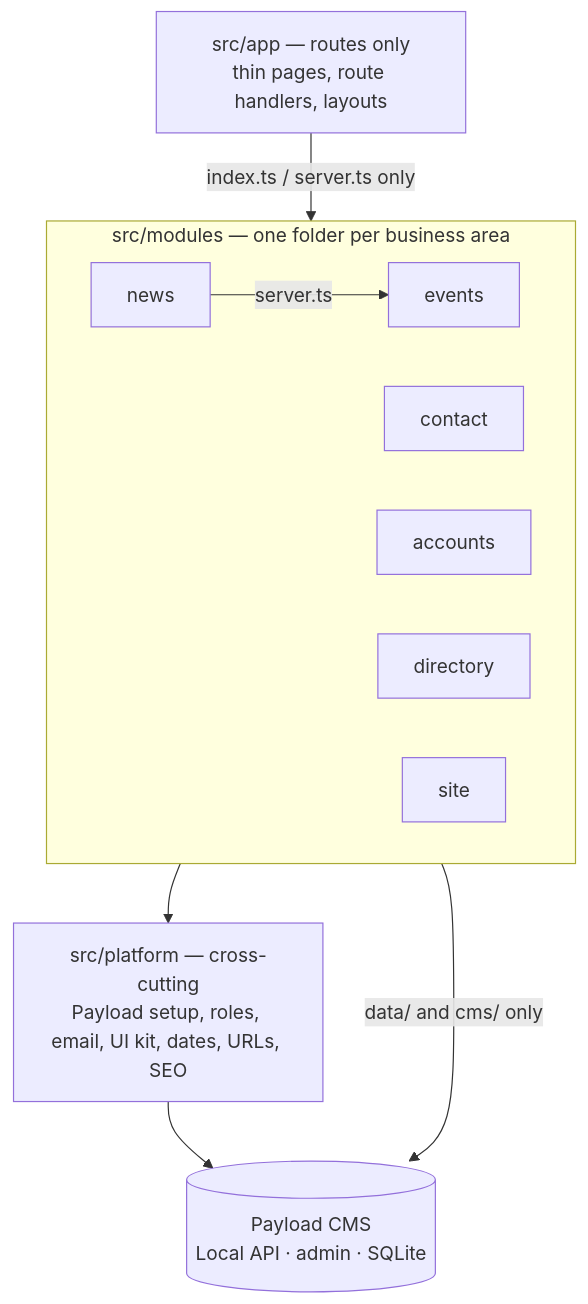
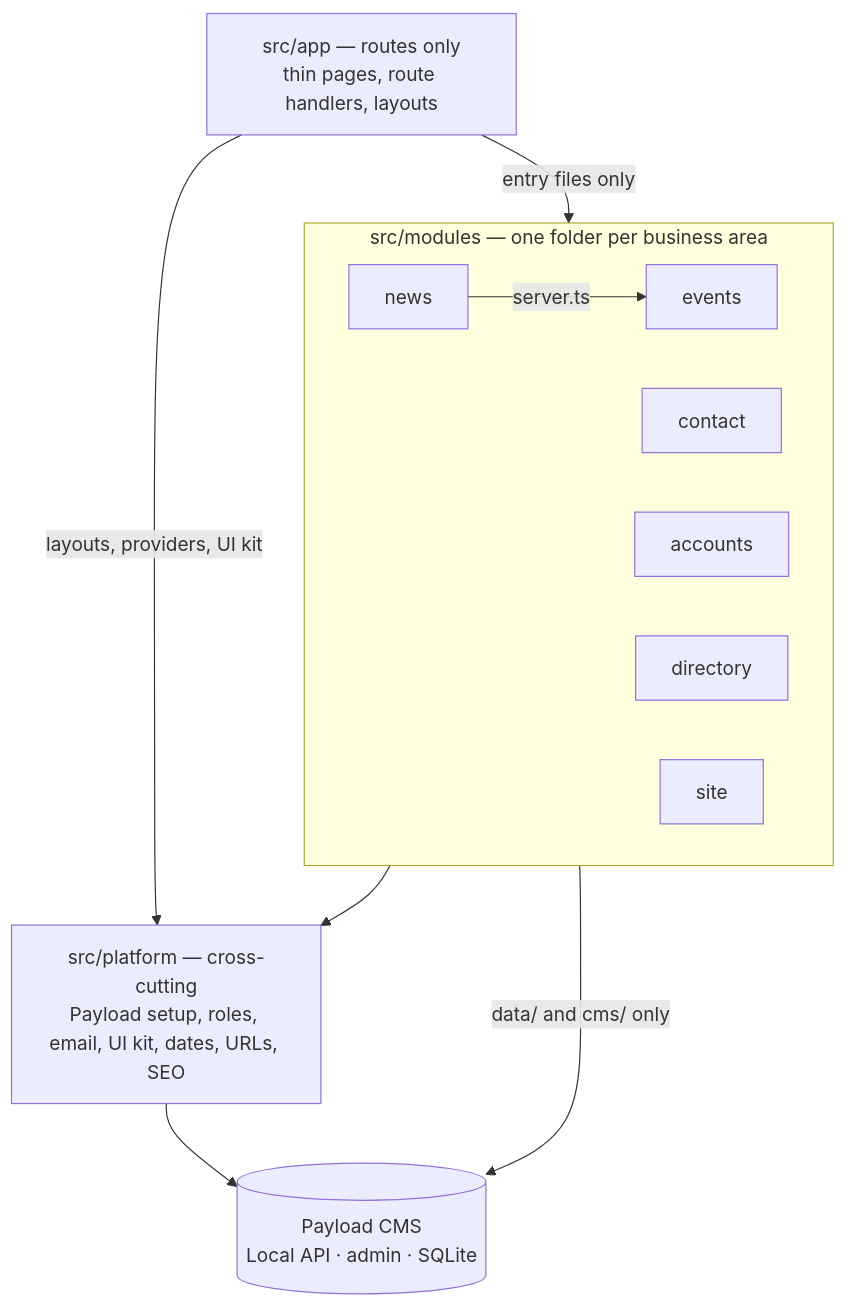
Before and after one commit to boulaajaj/sprecher-east-neighborhood-website: the diagram in docs/architecture/README.md, drawn with Mermaid. The commit also changed other lines of this file and 12 other files, not shown here.

````diff
--- a/docs/architecture/README.md
+++ b/docs/architecture/README.md
@@ -17,20 +17,21 @@
 ```mermaid
 flowchart TD
   app["src/app — routes only<br/>thin pages, route handlers, layouts"]
   subgraph modules["src/modules — one folder per business area"]
     events[events]
     news[news]
     contact[contact]
     accounts[accounts]
     directory[directory]
     site[site]
   end
   platform["src/platform — cross-cutting<br/>Payload setup, roles, email, UI kit, dates, URLs, SEO"]
   payload[("Payload CMS<br/>Local API · admin · SQLite")]
 
-  app -->|"index.ts / server.ts only"| modules
+  app -->|"entry files only"| modules
+  app -->|"layouts, providers, UI kit"| platform
   news -->|"server.ts"| events
   modules --> platform
   modules -->|"data/ and cms/ only"| payload
   platform --> payload
 ```
````
